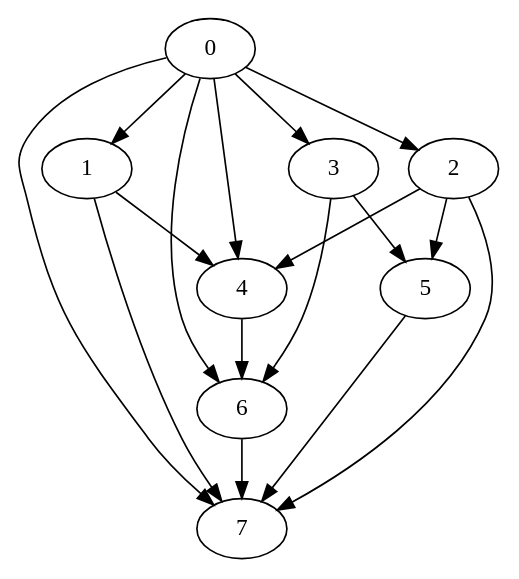
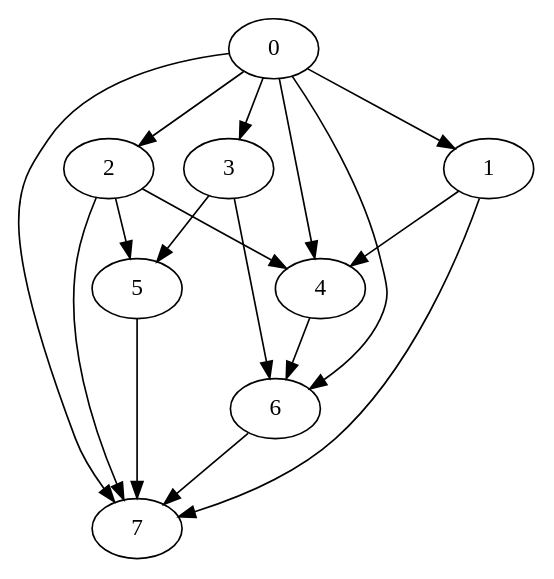
One commit to PJhaveri02/Task-Scheduler changed the diagram in dot/Nodes_8_Random-output.dot. Above: the diagram before and after it, drawn with Graphviz. The commit also changed 4 other files, not shown here.

```diff
--- a/dot/Nodes_8_Random-output.dot
+++ b/dot/Nodes_8_Random-output.dot
@@ -1,26 +1,26 @@
 digraph "outputGraph" {
-		0	[Weight=35, Start=0, Processor=1]
-		2	[Weight=176, Start=35, Processor=1]
-		0 -> 2   [Weight = 9];
-		4	[Weight=176, Start=211, Processor=1]
+		4	[Weight=176, Start=9, Processor=1]
 		0 -> 4   [Weight = 5];
 		2 -> 4   [Weight = 8];
 		1 -> 4   [Weight = 10];
-		6	[Weight=141, Start=387, Processor=1]
-		0 -> 6   [Weight = 4];
-		3 -> 6   [Weight = 8];
-		4 -> 6   [Weight = 2];
-		7	[Weight=53, Start=528, Processor=1]
+		7	[Weight=53, Start=185, Processor=1]
 		5 -> 7   [Weight = 4];
 		0 -> 7   [Weight = 9];
 		6 -> 7   [Weight = 8];
 		2 -> 7   [Weight = 3];
 		1 -> 7   [Weight = 6];
-		1	[Weight=88, Start=38, Processor=2]
+		1	[Weight=88, Start=2, Processor=2]
 		0 -> 1   [Weight = 3];
-		3	[Weight=159, Start=126, Processor=2]
-		0 -> 3   [Weight = 7];
-		5	[Weight=141, Start=285, Processor=2]
+		6	[Weight=141, Start=90, Processor=2]
+		0 -> 6   [Weight = 4];
+		3 -> 6   [Weight = 8];
+		4 -> 6   [Weight = 2];
+		2	[Weight=176, Start=8, Processor=3]
+		0 -> 2   [Weight = 9];
+		5	[Weight=141, Start=184, Processor=3]
 		3 -> 5   [Weight = 5];
 		2 -> 5   [Weight = 6];
+		0	[Weight=35, Start=0, Processor=4]
+		3	[Weight=159, Start=35, Processor=4]
+		0 -> 3   [Weight = 7];
 }
```
